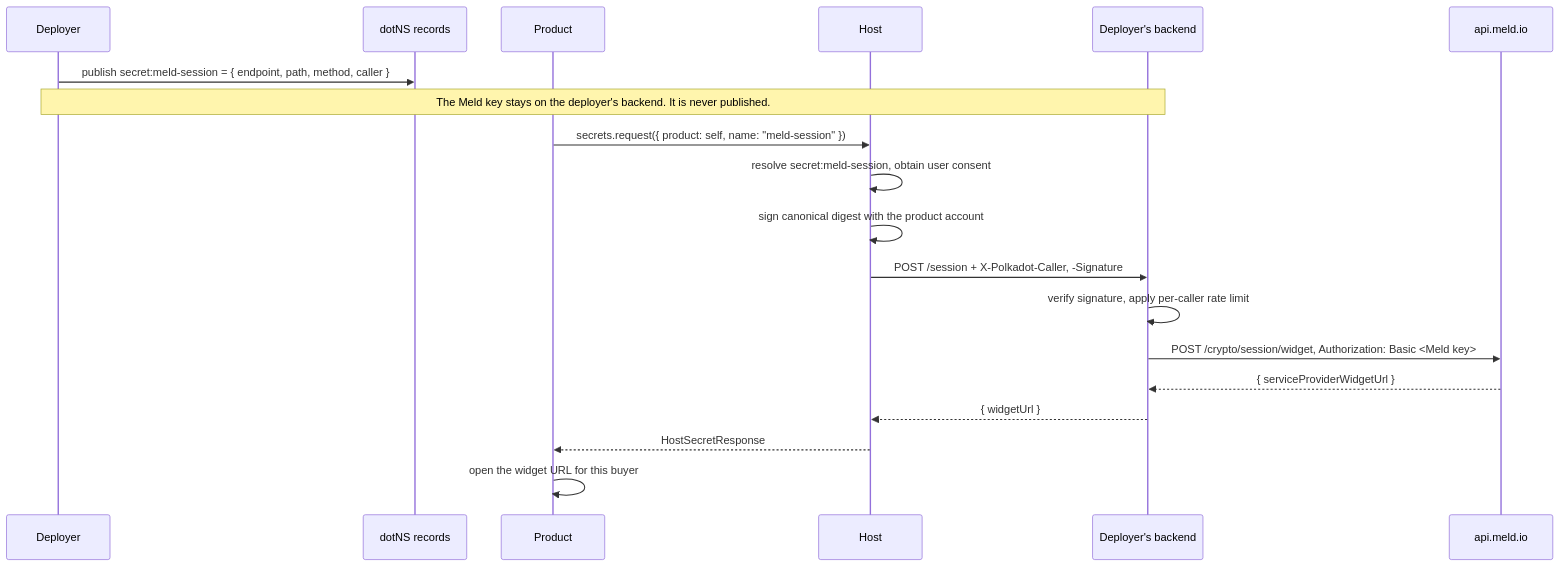
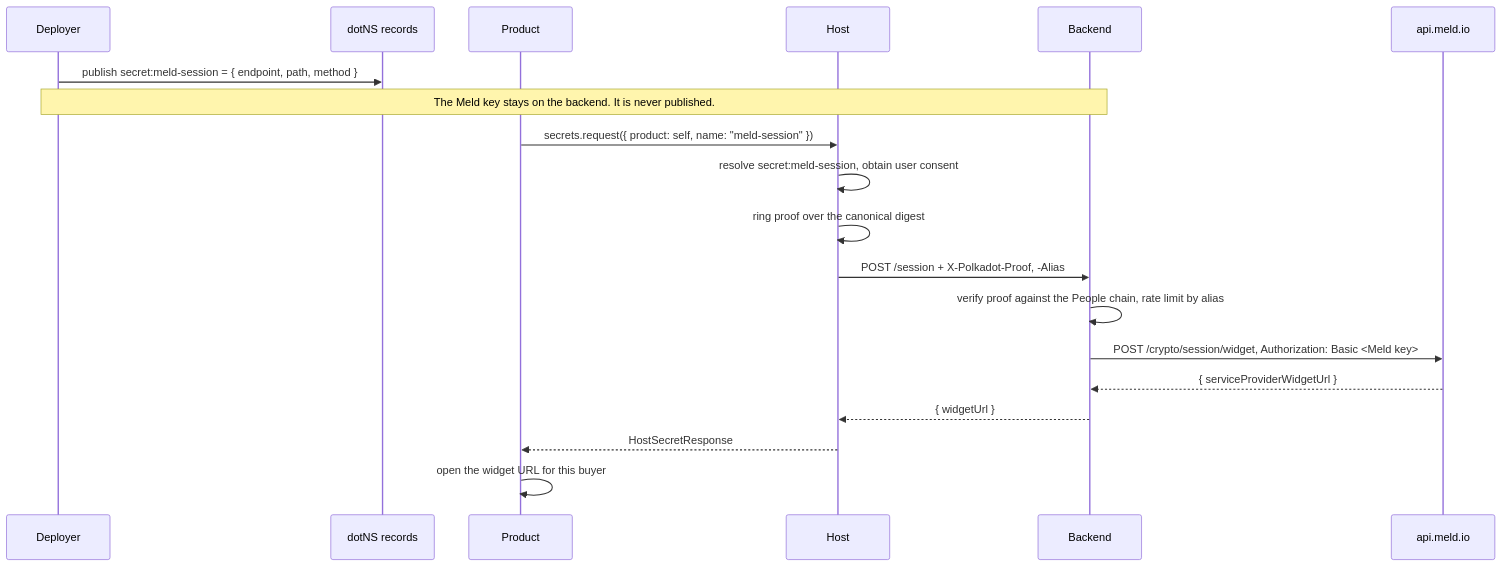
The diagram in docs/rfcs/0025-secrets.md (paritytech/host-rust-core), drawn with Mermaid before and after one commit. The commit also changed other lines of this file and 2 other files, not shown here.

````diff
--- a/docs/rfcs/0025-secrets.md
+++ b/docs/rfcs/0025-secrets.md
@@ -256,23 +208,23 @@
 ```mermaid
 sequenceDiagram
   participant D as Deployer
   participant N as dotNS records
   participant P as Product
   participant H as Host
-  participant S as Deployer's backend
+  participant S as Backend
   participant M as api.meld.io
 
-  D->>N: publish secret:meld-session = { endpoint, path, method, caller }
-  Note over D,S: The Meld key stays on the deployer's backend. It is never published.
+  D->>N: publish secret:meld-session = { endpoint, path, method }
+  Note over D,S: The Meld key stays on the backend. It is never published.
 
   P->>H: secrets.request({ product: self, name: "meld-session" })
   H->>H: resolve secret:meld-session, obtain user consent
-  H->>H: sign canonical digest with the product account
-  H->>S: POST /session + X-Polkadot-Caller, -Signature
-  S->>S: verify signature, apply per-caller rate limit
+  H->>H: ring proof over the canonical digest
+  H->>S: POST /session + X-Polkadot-Proof, -Alias
+  S->>S: verify proof against the People chain, rate limit by alias
   S->>M: POST /crypto/session/widget, Authorization: Basic <Meld key>
   M-->>S: { serviceProviderWidgetUrl }
   S-->>H: { widgetUrl }
   H-->>P: HostSecretResponse
   P->>P: open the widget URL for this buyer
 ```
````
